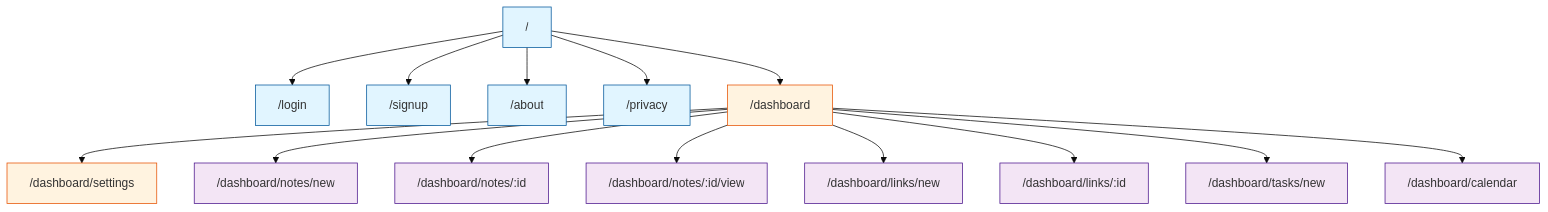
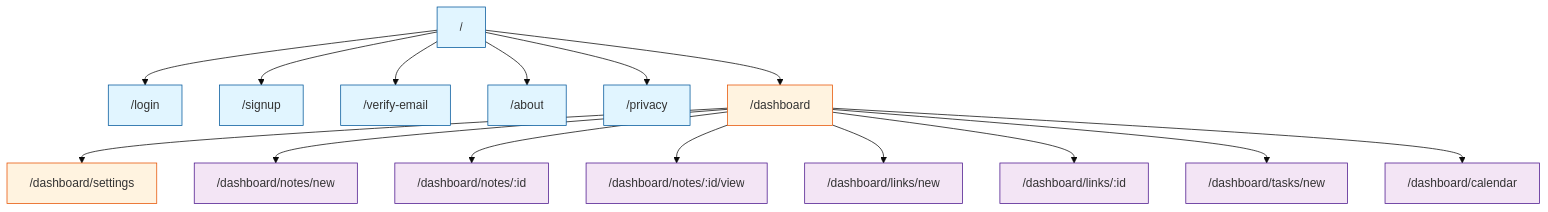
One commit to Landrytido/MWC-frontend changed the first of 8 diagrams in docs/uml/routes-diagram.md. Above: the diagram before and after it, drawn with Mermaid (base theme). The commit also changed other lines of this file and 2 other files, not shown here.

Commit message:
refactor: mettre à jour les diagrammes UML pour refléter les changements de types et de routes

````diff
--- a/docs/uml/routes-diagram.md
+++ b/docs/uml/routes-diagram.md
@@ -5,45 +5,47 @@
 ```mermaid
 graph TD
     Root["/"]
     Login["/login"]
     Signup["/signup"]
+    VerifyEmail["/verify-email"]
     About["/about"]
     Privacy["/privacy"]
 
     Dashboard["/dashboard"]
     Settings["/dashboard/settings"]
 
     NotesNew["/dashboard/notes/new"]
     NotesEdit["/dashboard/notes/:id"]
     NotesView["/dashboard/notes/:id/view"]
 
     LinksNew["/dashboard/links/new"]
     LinksEdit["/dashboard/links/:id"]
 
     TasksNew["/dashboard/tasks/new"]
 
     Calendar["/dashboard/calendar"]
 
     Root --> Login
     Root --> Signup
+    Root --> VerifyEmail
     Root --> About
     Root --> Privacy
     Root --> Dashboard
 
     Dashboard --> Settings
     Dashboard --> NotesNew
     Dashboard --> NotesEdit
     Dashboard --> NotesView
     Dashboard --> LinksNew
     Dashboard --> LinksEdit
     Dashboard --> TasksNew
     Dashboard --> Calendar
 
     classDef public fill:#e1f5ff,stroke:#01579b
     classDef protected fill:#fff3e0,stroke:#e65100
     classDef nested fill:#f3e5f5,stroke:#4a148c
 
-    class Root,Login,Signup,About,Privacy public
+    class Root,Login,Signup,VerifyEmail,About,Privacy public
     class Dashboard,Settings protected
     class NotesNew,NotesEdit,NotesView,LinksNew,LinksEdit,TasksNew,Calendar nested
 ```
````
